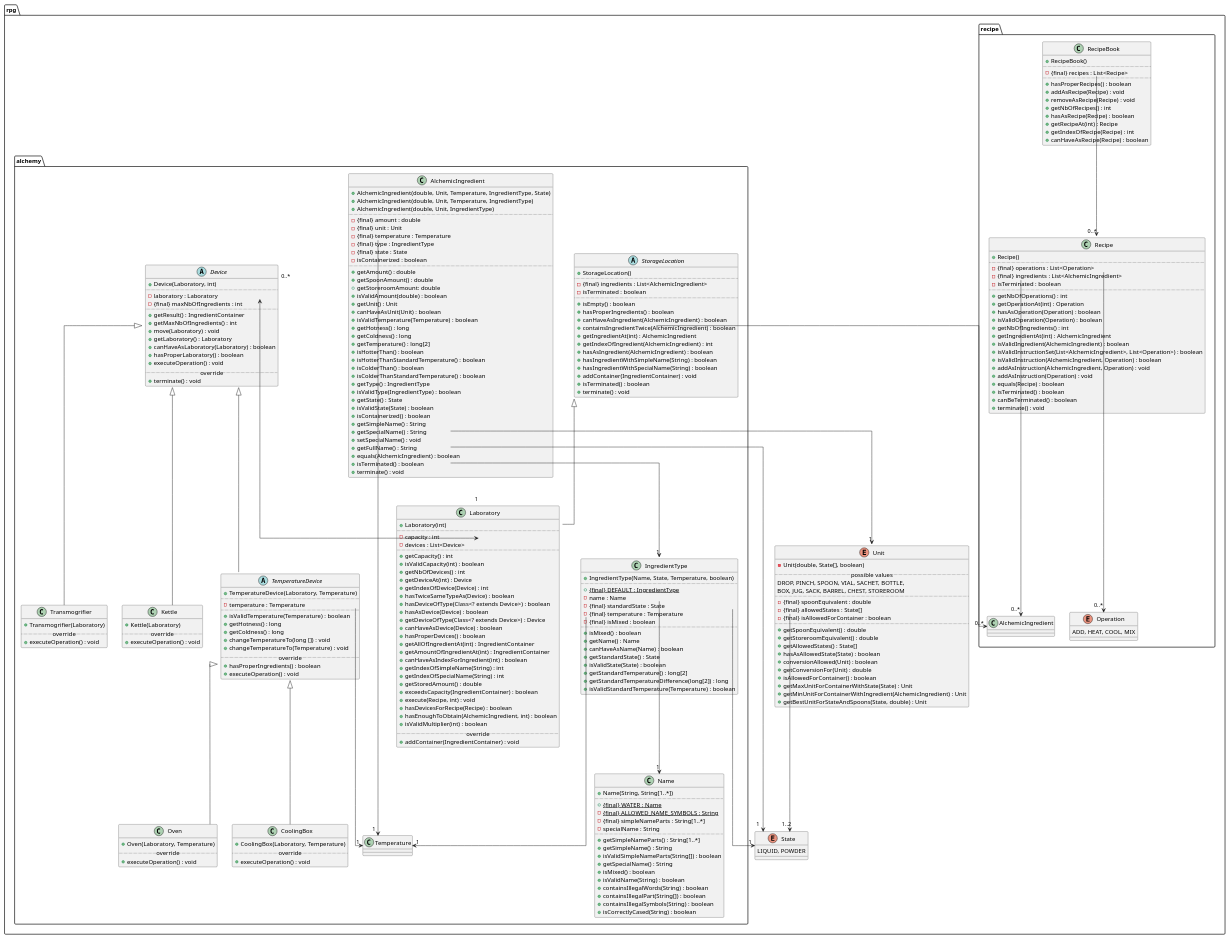
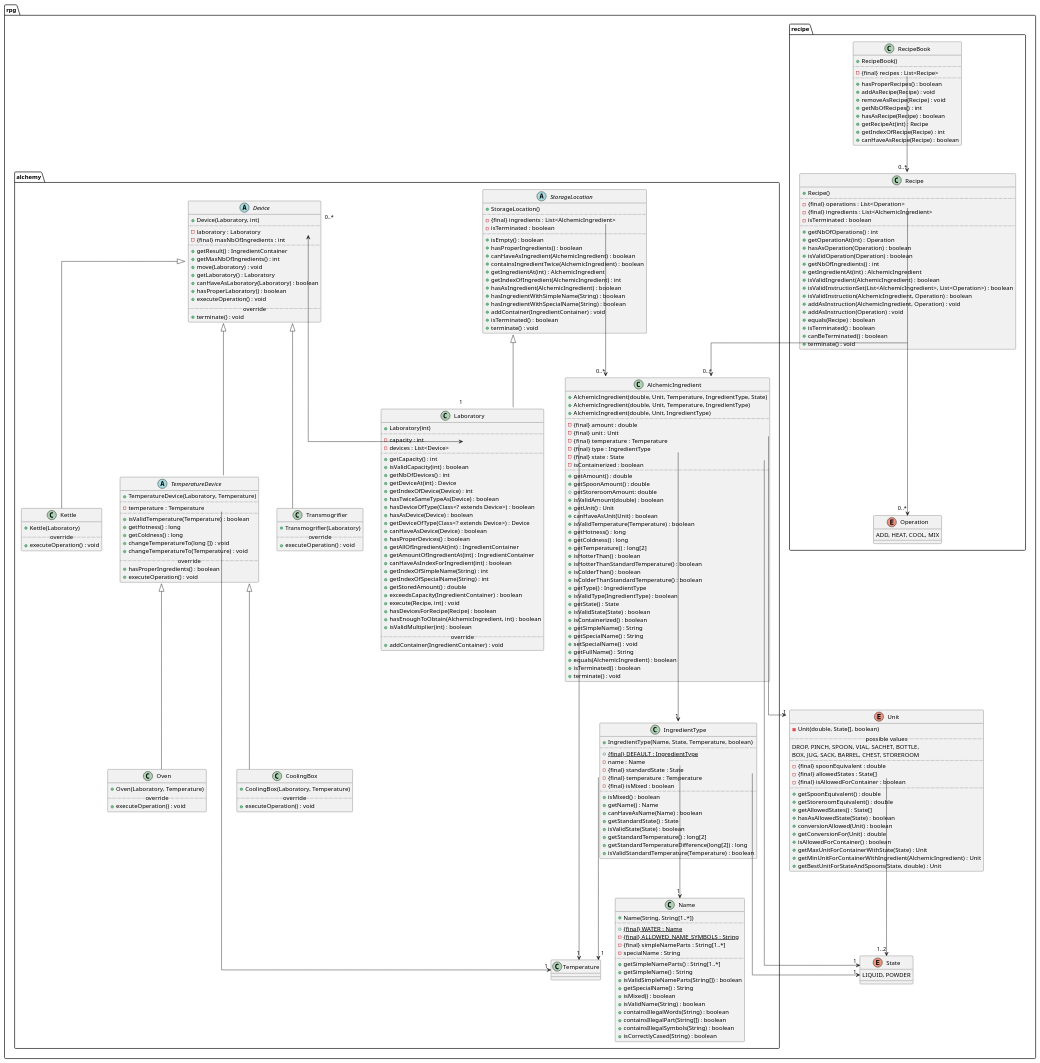
One commit to vanschependom/KULAK_ogp-examenproject changed the diagram in class-diagram/only-public-methods.puml. Above: the diagram before and after it, drawn with PlantUML. The commit also changed 10 other files, not shown here.

```diff
--- a/class-diagram/only-public-methods.puml
+++ b/class-diagram/only-public-methods.puml
@@ -66,7 +66,6 @@
 }
 
 Recipe::operations -->"0..*" Operation
-Recipe::ingredients -->"0..*" AlchemicIngredient
 
 class RecipeBook {
 + RecipeBook()
@@ -87,7 +86,11 @@
 
 }
 
+
+
 package alchemy {
+
+Recipe::ingredients -->"0..*" AlchemicIngredient
 
 abstract class StorageLocation {
 + StorageLocation()
```
